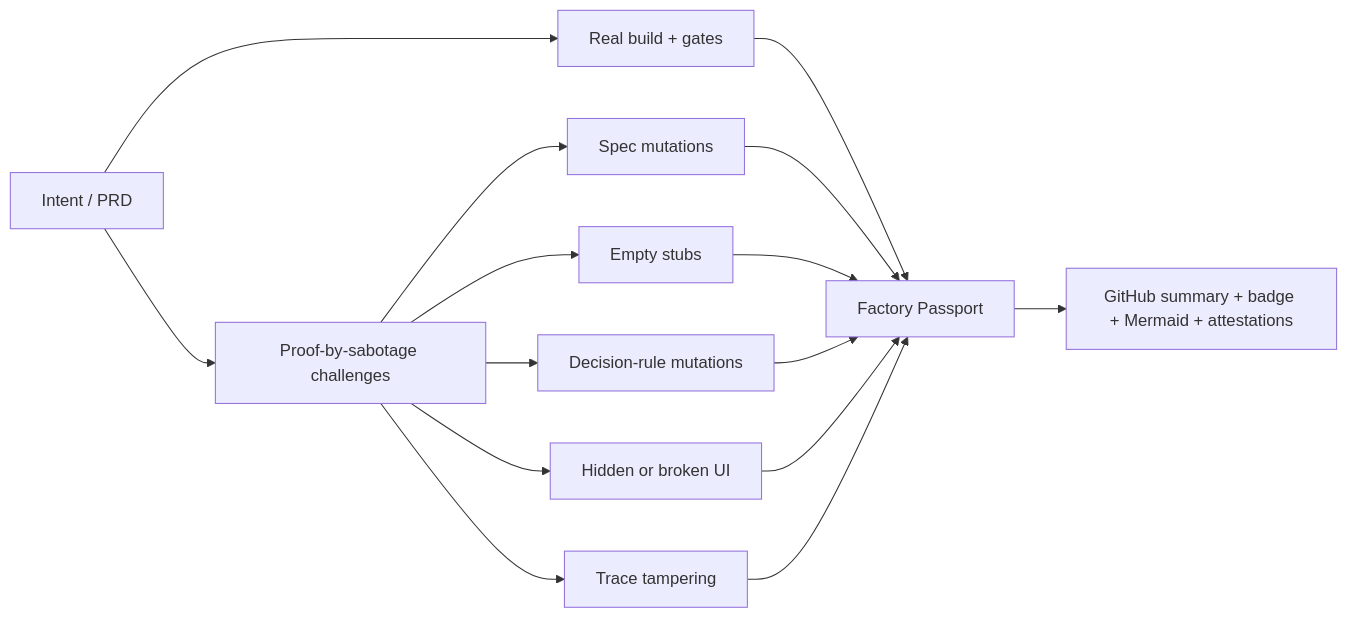
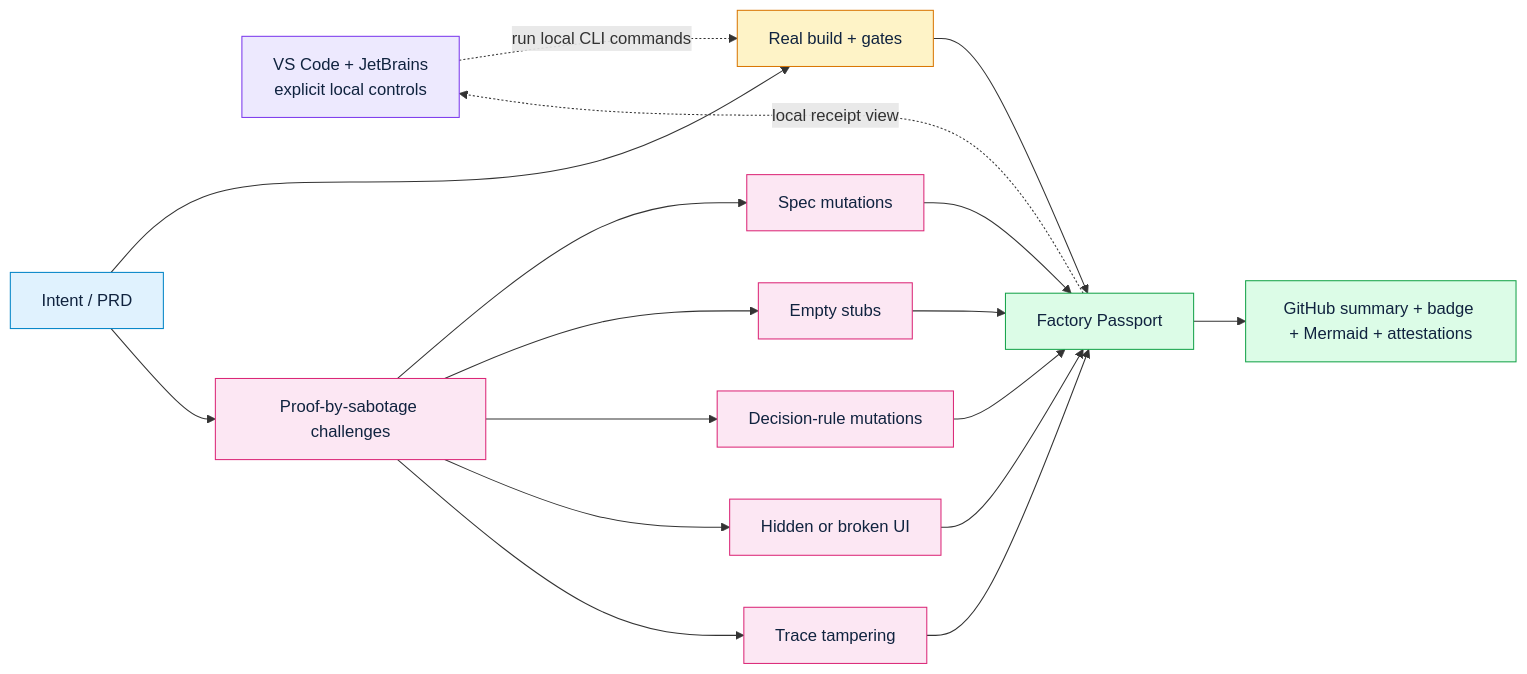
Before and after one commit to zrk222/code-factory: the first of 2 diagrams in README.md, drawn with Mermaid. The commit also changed other lines of this file and 36 other files, not shown here.

Commit message:
Add JetBrains receipt control room

````diff
--- a/README.md
+++ b/README.md
@@ -45,17 +48,29 @@
 ```mermaid
 flowchart LR
+    E["VS Code + JetBrains\nexplicit local controls"] -. "run local CLI commands" .-> B
     A["Intent / PRD"] --> B["Real build + gates"]
     A --> C["Proof-by-sabotage challenges"]
     C --> S["Spec mutations"]
     C --> F["Empty stubs"]
     C --> H["Decision-rule mutations"]
     C --> D["Hidden or broken UI"]
     C --> I["Trace tampering"]
     B --> P["Factory Passport"]
     S --> P
     F --> P
     H --> P
     D --> P
     I --> P
     P --> G["GitHub summary + badge + Mermaid + attestations"]
+    P -. "local receipt view" .-> E
+    classDef input fill:#e0f2fe,stroke:#0284c7,color:#10233f
+    classDef build fill:#fef3c7,stroke:#d97706,color:#10233f
+    classDef challenge fill:#fce7f3,stroke:#db2777,color:#10233f
+    classDef proof fill:#dcfce7,stroke:#16a34a,color:#10233f
+    classDef editor fill:#ede9fe,stroke:#7c3aed,color:#10233f
+    class A input
+    class B build
+    class C,S,F,H,D,I challenge
+    class P,G proof
+    class E editor
 ```
````
